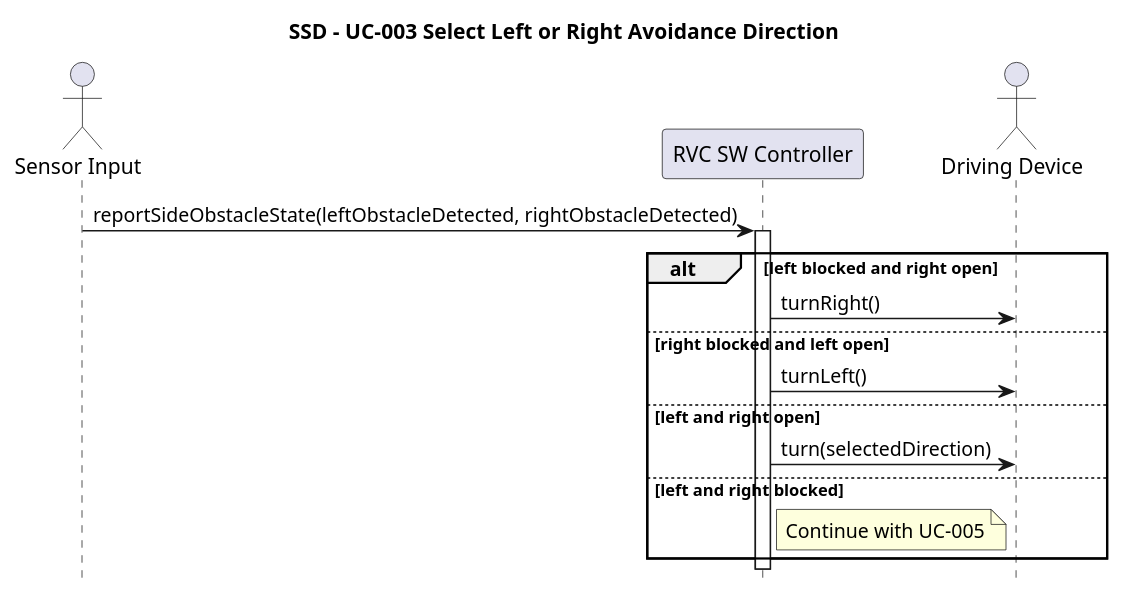
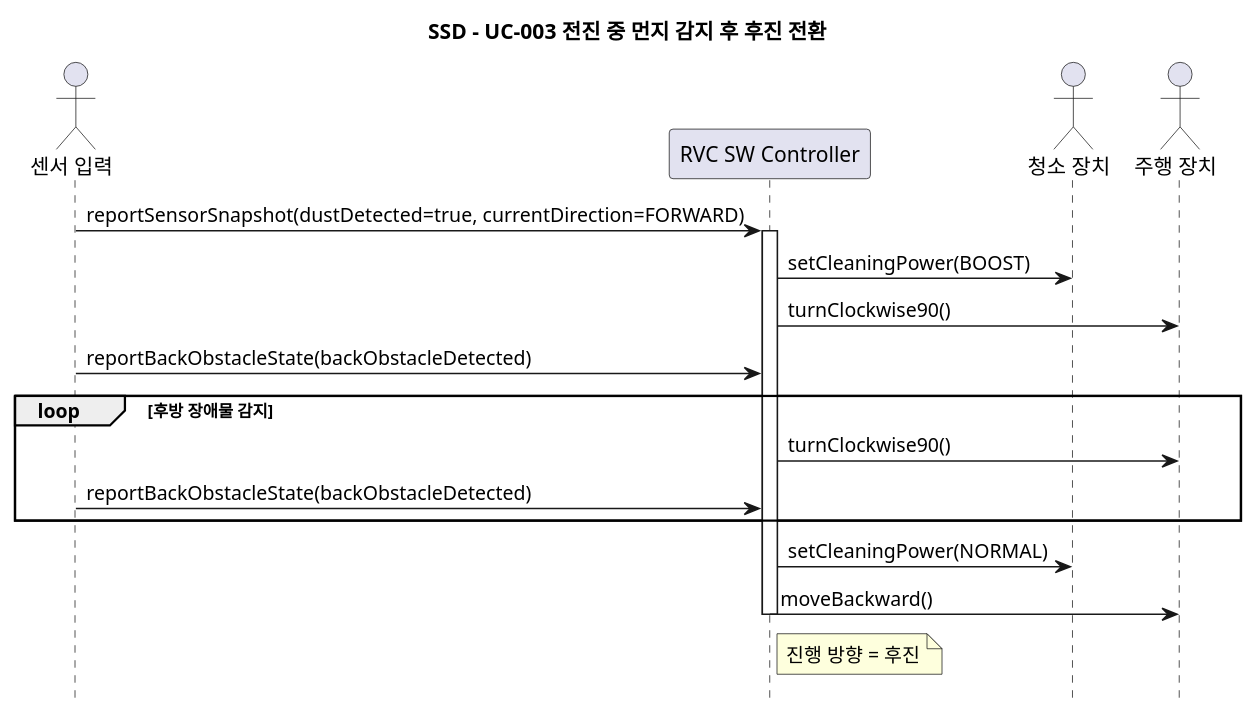
One commit to OOAD-Team3/Robot-Vacuum-Cleaner-AI changed the diagram in docs/ssd/UC-003.puml. Above: the diagram before and after it, drawn with PlantUML. The commit also changed 24 other files, not shown here.

```diff
--- a/docs/ssd/UC-003.puml
+++ b/docs/ssd/UC-003.puml
@@ -1,22 +1,27 @@
-@startuml SSD_UC003_Select_Avoidance_Direction
+@startuml SSD_UC003_Forward_Dust_To_Backward
 hide footbox
-title SSD - UC-003 Select Left or Right Avoidance Direction
+title SSD - UC-003 전진 중 먼지 감지 후 후진 전환
 
-actor "Sensor Input" as Sensor
+actor "센서 입력" as Sensor
 participant "RVC SW Controller" as System
-actor "Driving Device" as Drive
+actor "청소 장치" as Cleaner
+actor "주행 장치" as Drive
 
-Sensor -> System: reportSideObstacleState(leftObstacleDetected, rightObstacleDetected)
+Sensor -> System: reportSensorSnapshot(dustDetected=true, currentDirection=FORWARD)
 activate System
+System -> Cleaner: setCleaningPower(BOOST)
+System -> Drive: turnClockwise90()
 
-alt left blocked and right open
-    System -> Drive: turnRight()
-else right blocked and left open
-    System -> Drive: turnLeft()
-else left and right open
-    System -> Drive: turn(selectedDirection)
-else left and right blocked
-    note right of System: Continue with UC-005
+Sensor -> System: reportBackObstacleState(backObstacleDetected)
+
+loop 후방 장애물 감지
+    System -> Drive: turnClockwise90()
+    Sensor -> System: reportBackObstacleState(backObstacleDetected)
 end
+
+System -> Cleaner: setCleaningPower(NORMAL)
+System -> Drive: moveBackward()
+note right of System: 진행 방향 = 후진
+
 deactivate System
 @enduml
```
